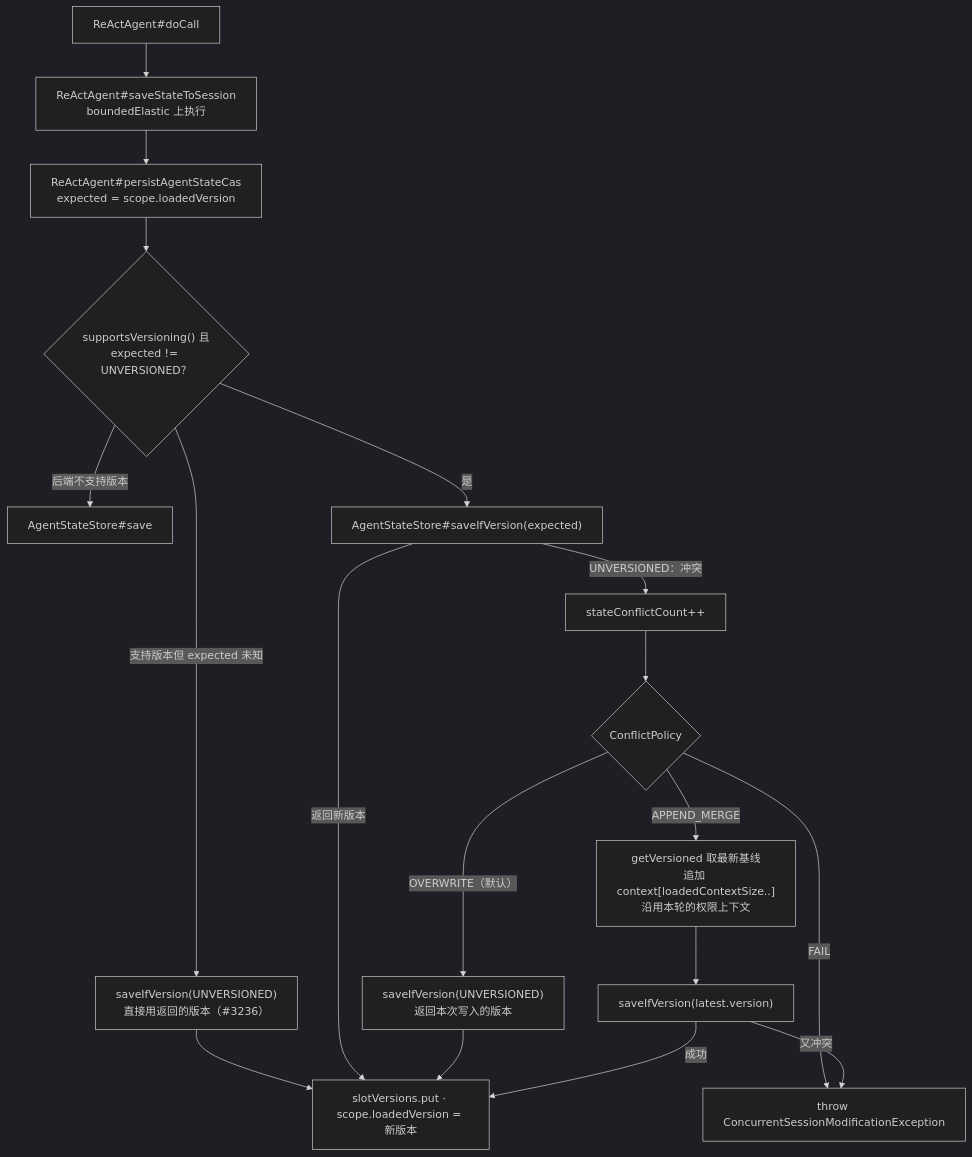
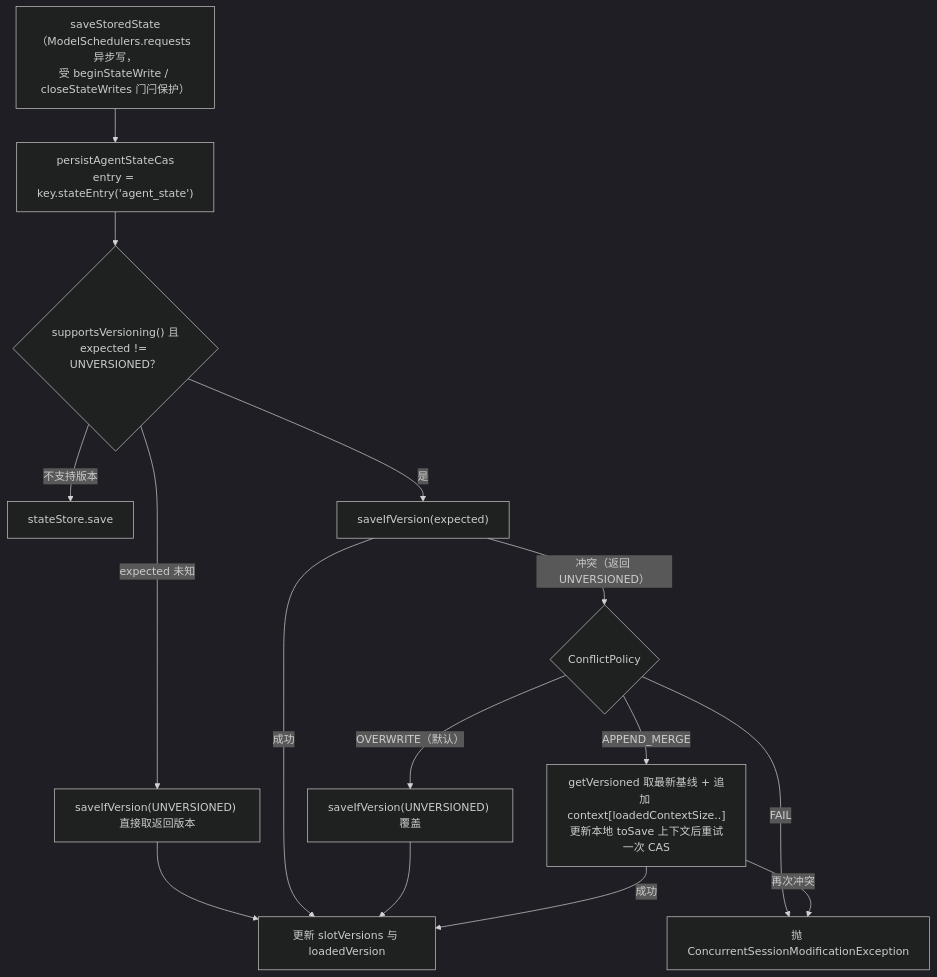
Before and after one commit to liulangjietou/AgentScope-source-analysis: the fourth of 4 diagrams in 02-消息与状态模型.md, drawn with Mermaid (dark theme). The commit also changed other lines of this file and 14 other files, not shown here.

````diff
--- a/02-消息与状态模型.md
+++ b/02-消息与状态模型.md
@@ -335,20 +211,16 @@
 ```mermaid
 flowchart TB
-    DC["ReActAgent#doCall"] --> SS["ReActAgent#saveStateToSession<br/>boundedElastic 上执行"]
-    SS --> CAS["ReActAgent#persistAgentStateCas<br/>expected = scope.loadedVersion"]
-    CAS --> V{"supportsVersioning() 且<br/>expected != UNVERSIONED？"}
-    V -->|"后端不支持版本"| PLAIN["AgentStateStore#save"]
-    V -->|"支持版本但 expected 未知"| UNC["saveIfVersion(UNVERSIONED)<br/>直接用返回的版本（#3236）"]
-    V -->|"是"| SIV["AgentStateStore#saveIfVersion(expected)"]
-    UNC --> OK
-    SIV -->|"返回新版本"| OK["slotVersions.put · scope.loadedVersion = 新版本"]
-    SIV -->|"UNVERSIONED：冲突"| CNT["stateConflictCount++"]
-    CNT --> POL{"ConflictPolicy"}
-    POL -->|"OVERWRITE（默认）"| OW["saveIfVersion(UNVERSIONED)<br/>返回本次写入的版本"]
-    OW --> OK
-    POL -->|"FAIL"| FAIL["throw ConcurrentSessionModificationException"]
-    POL -->|"APPEND_MERGE"| AM["getVersioned 取最新基线<br/>追加 context[loadedContextSize..]<br/>沿用本轮的权限上下文"]
-    AM --> AM2["saveIfVersion(latest.version)"]
-    AM2 -->|"成功"| OK
-    AM2 -->|"又冲突"| FAIL
+    SS["saveStoredState（ModelSchedulers.requests 异步写，<br/>受 beginStateWrite / closeStateWrites 门闩保护）"] --> CAS["persistAgentStateCas<br/>entry = key.stateEntry('agent_state')"]
+    CAS --> VER{"supportsVersioning() 且<br/>expected != UNVERSIONED？"}
+    VER -->|"不支持版本"| SAVE["stateStore.save"]
+    VER -->|"expected 未知"| UNC["saveIfVersion(UNVERSIONED) 直接取返回版本"]
+    VER -->|"是"| SIV["saveIfVersion(expected)"]
+    UNC --> OK["更新 slotVersions 与 loadedVersion"]
+    SIV -->|"成功"| OK
+    SIV -->|"冲突（返回 UNVERSIONED）"| POL{"ConflictPolicy"}
+    POL -->|"OVERWRITE（默认）"| OW["saveIfVersion(UNVERSIONED) 覆盖"] --> OK
+    POL -->|"FAIL"| EX["抛 ConcurrentSessionModificationException"]
+    POL -->|"APPEND_MERGE"| AM["getVersioned 取最新基线 + 追加 context[loadedContextSize..]<br/>更新本地 toSave 上下文后重试一次 CAS"]
+    AM -->|"成功"| OK
+    AM -->|"再次冲突"| EX
 ```
````
